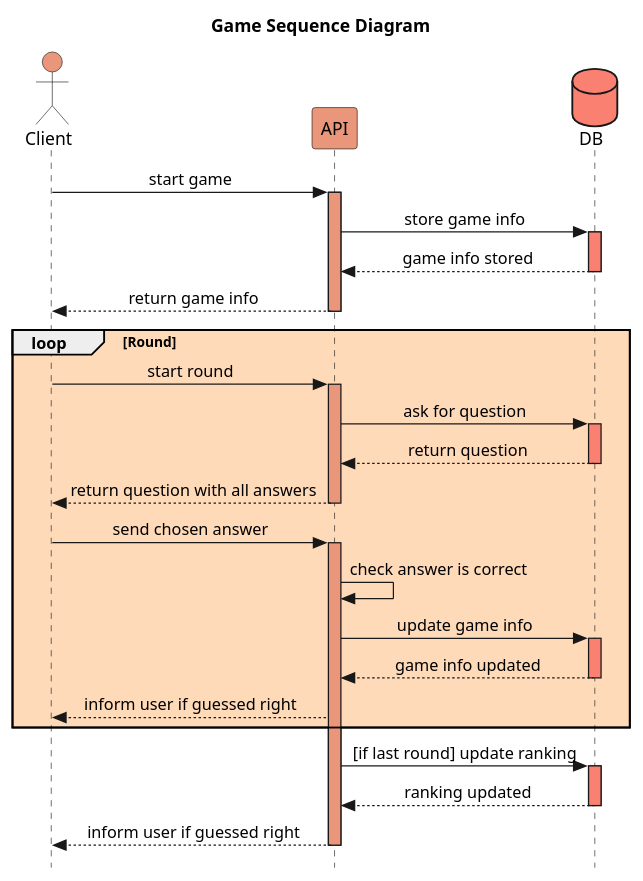
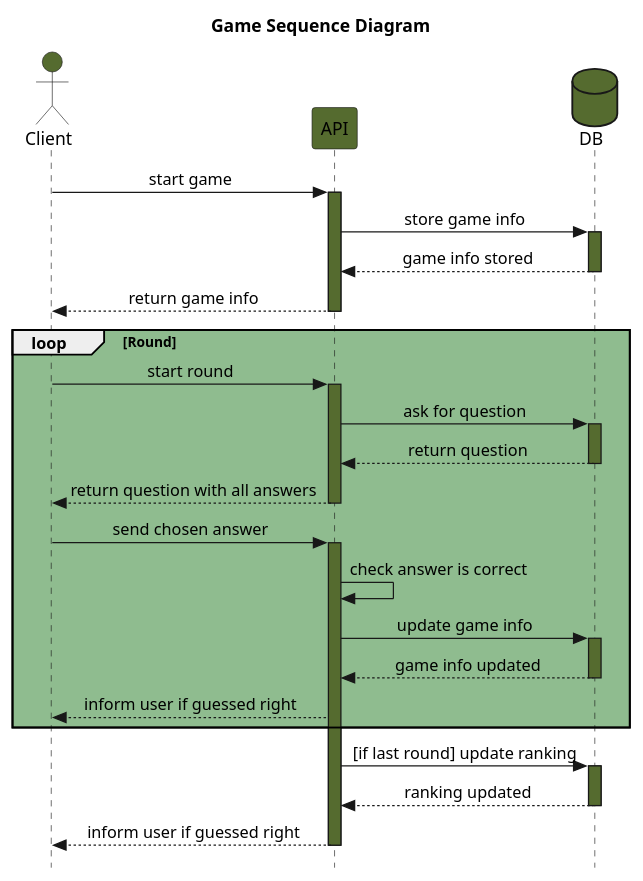
One commit to Arquisoft/wiq_en2b changed the diagram in docs/diagrams/sequence/SequenceDiagramGame.puml. Above: the diagram before and after it, drawn with PlantUML. The commit also changed 2 other files, not shown here.

```diff
--- a/docs/diagrams/sequence/SequenceDiagramGame.puml
+++ b/docs/diagrams/sequence/SequenceDiagramGame.puml
@@ -1,46 +1,46 @@
 @startuml Game's life cycle
 title Game Sequence Diagram
-actor Client #darksalmon
-participant API #darksalmon
-database DB #salmon
+actor Client #darkolivegreen
+participant API #darkolivegreen
+database DB #darkolivegreen
 
 skinparam Style strictuml
 skinparam SequenceMessageAlignment center
 
 Client -> API : start game
-activate API #darksalmon
+activate API #darkolivegreen
 API -> DB : store game info
-activate DB #salmon
+activate DB #darkolivegreen
 DB --> API : game info stored
 deactivate DB
 API --> Client : return game info
 deactivate API
-loop #PeachPuff Round
+loop #darkseagreen Round
   Client -> API : start round
-  activate API #darksalmon
+  activate API #darkolivegreen
   API -> DB : ask for question
-  activate DB  #salmon
+  activate DB  #darkolivegreen
   DB --> API : return question
   deactivate DB
   API --> Client : return question with all answers
   deactivate API
   Client -> API  : send chosen answer
-  activate API #darksalmon
+  activate API #darkolivegreen
   API -> API    : check answer is correct
   API -> DB     : update game info
-  activate DB #salmon
+  activate DB #darkolivegreen
   DB --> API    : game info updated
  deactivate DB
   API --> Client : inform user if guessed right
 
 
 end loop One question
 
 API -> DB : [if last round] update ranking
-activate DB #salmon
+activate DB #darkolivegreen
 DB --> API : ranking updated
 deactivate DB
 API --> Client : inform user if guessed right
 deactivate API
 
 @enduml
```
